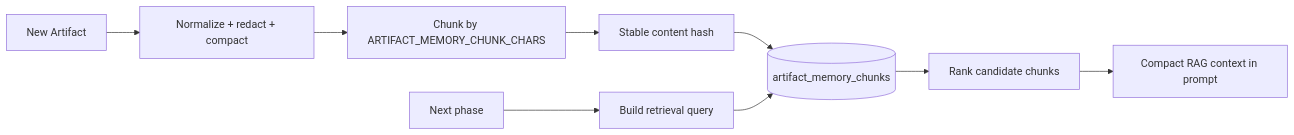
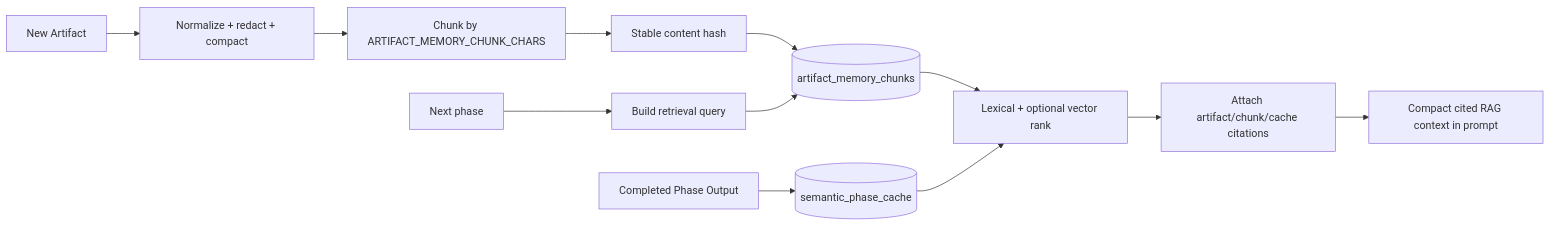
One commit to Solvealgoritms22/Software-Company changed the fifth of 6 diagrams in README.md. Above: the diagram before and after it, drawn with Mermaid. The commit also changed other lines of this file and 21 other files, not shown here.

````diff
--- a/README.md
+++ b/README.md
@@ -387,11 +430,14 @@
 ```mermaid
 flowchart LR
     Artifact[New Artifact] --> Normalize[Normalize + redact + compact]
     Normalize --> Chunk[Chunk by ARTIFACT_MEMORY_CHUNK_CHARS]
     Chunk --> Hash[Stable content hash]
     Hash --> Store[(artifact_memory_chunks)]
     Phase[Next phase] --> Query[Build retrieval query]
     Query --> Store
-    Store --> Rank[Rank candidate chunks]
-    Rank --> Prompt[Compact RAG context in prompt]
+    Store --> Hybrid[Lexical + optional vector rank]
+    PhaseOutput[Completed Phase Output] --> Cache[(semantic_phase_cache)]
+    Cache --> Hybrid
+    Hybrid --> Cite[Attach artifact/chunk/cache citations]
+    Cite --> Prompt[Compact cited RAG context in prompt]
 ```
````
